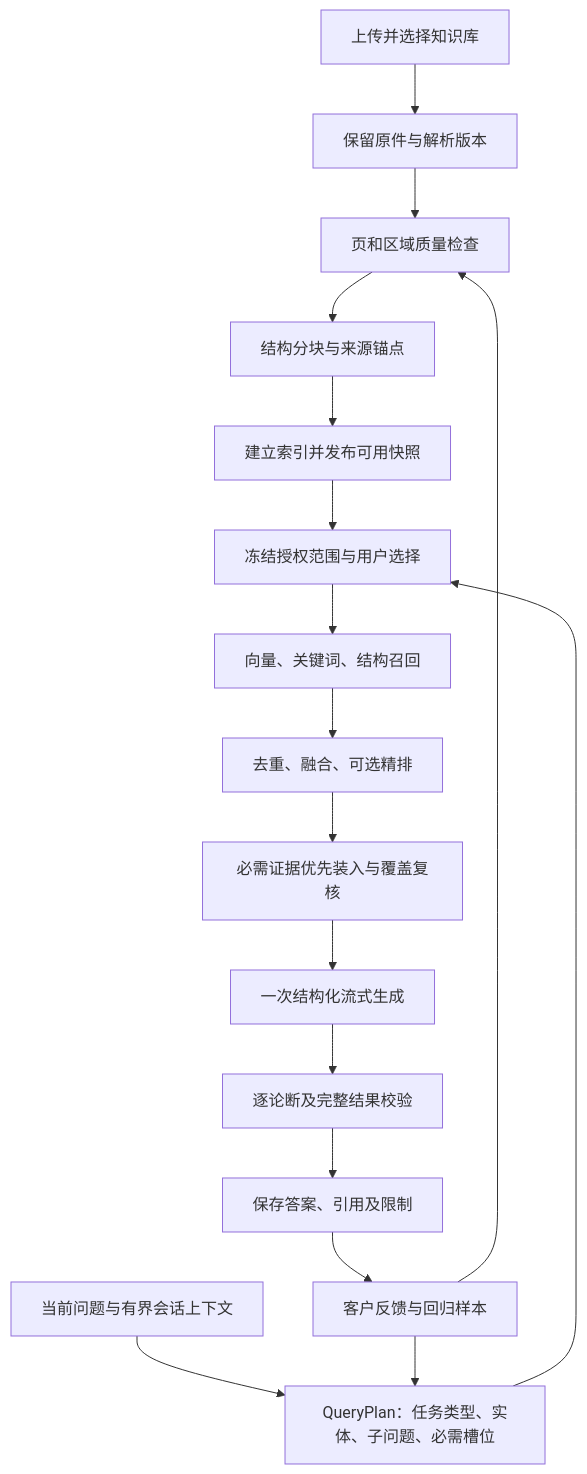
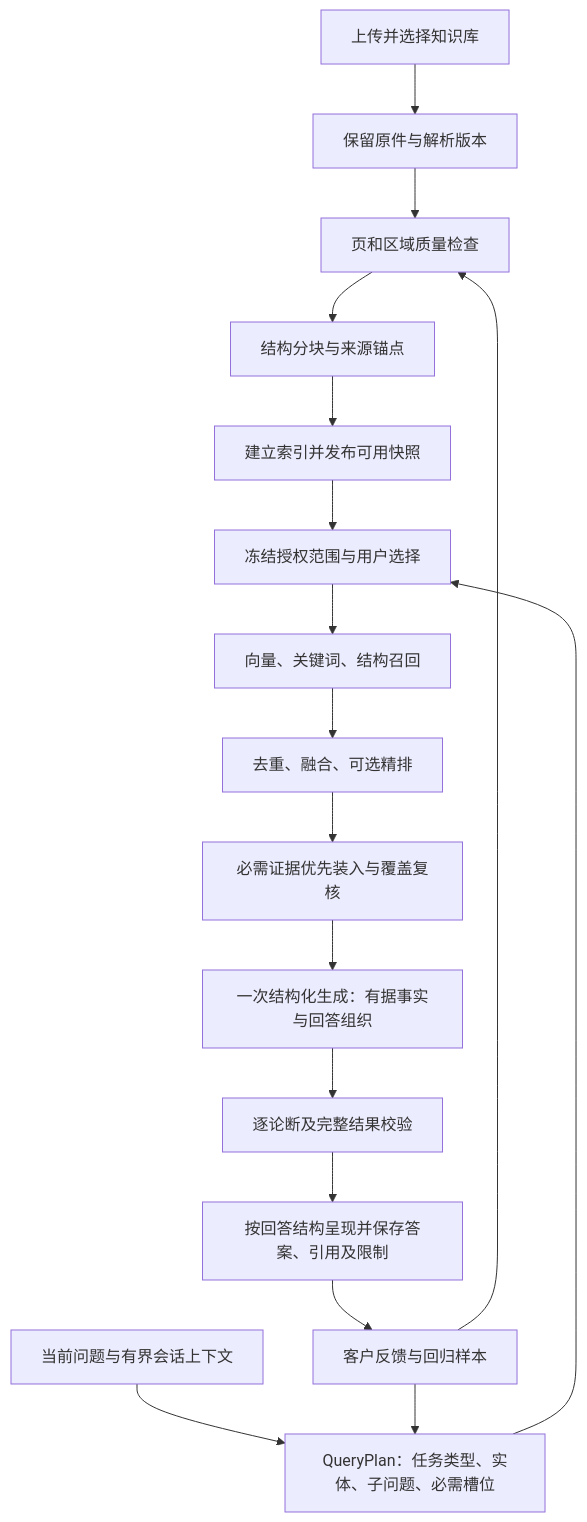
One commit to TongYule131/DocQA changed the diagram in docs/product/ragent代码对比与提升方案.md. Above: the diagram before and after it, drawn with Mermaid. The commit also changed other lines of this file and 62 other files, not shown here.

````diff
--- a/docs/product/ragent代码对比与提升方案.md
+++ b/docs/product/ragent代码对比与提升方案.md
@@ -82,19 +88,19 @@
 ```mermaid
 flowchart TD
     A[上传并选择知识库] --> B[保留原件与解析版本]
     B --> C[页和区域质量检查]
     C --> D[结构分块与来源锚点]
     D --> E[建立索引并发布可用快照]
     Q[当前问题与有界会话上下文] --> P[QueryPlan：任务类型、实体、子问题、必需槽位]
     E --> S[冻结授权范围与用户选择]
     P --> S
     S --> R[向量、关键词、结构召回]
     R --> F[去重、融合、可选精排]
     F --> G[必需证据优先装入与覆盖复核]
-    G --> H[一次结构化流式生成]
+    G --> H[一次结构化生成：有据事实与回答组织]
     H --> V[逐论断及完整结果校验]
-    V --> O[保存答案、引用及限制]
+    V --> O[按回答结构呈现并保存答案、引用及限制]
     O --> U[客户反馈与回归样本]
     U --> C
     U --> P
 ```
````
